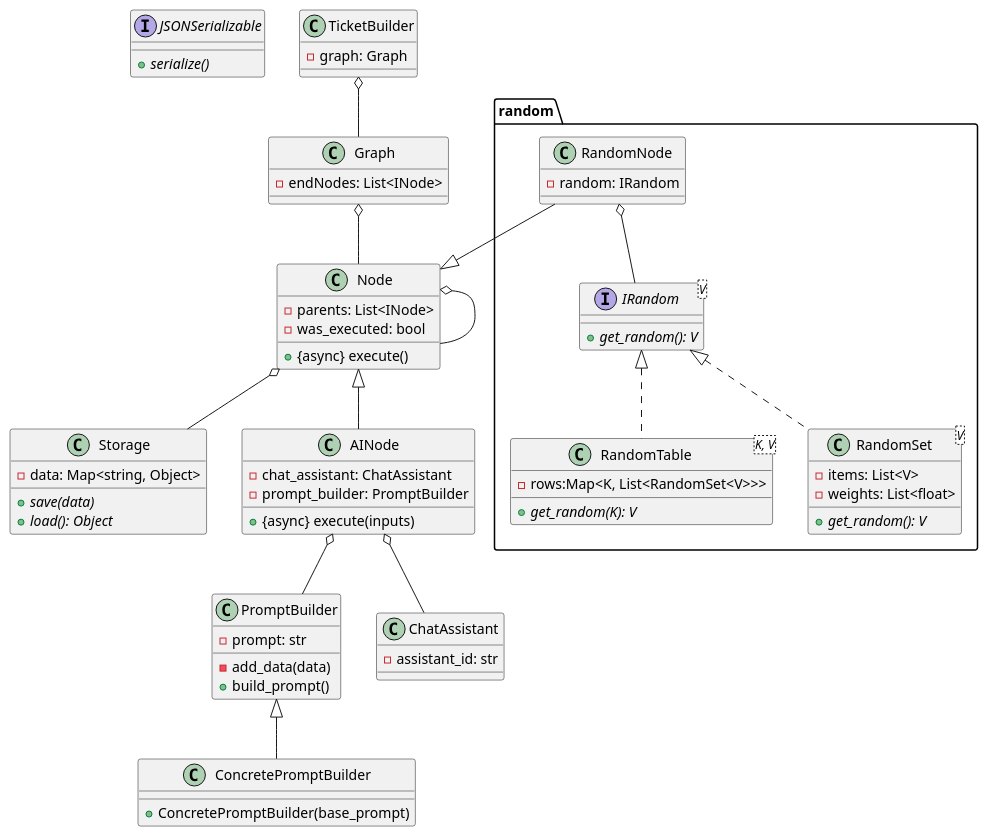
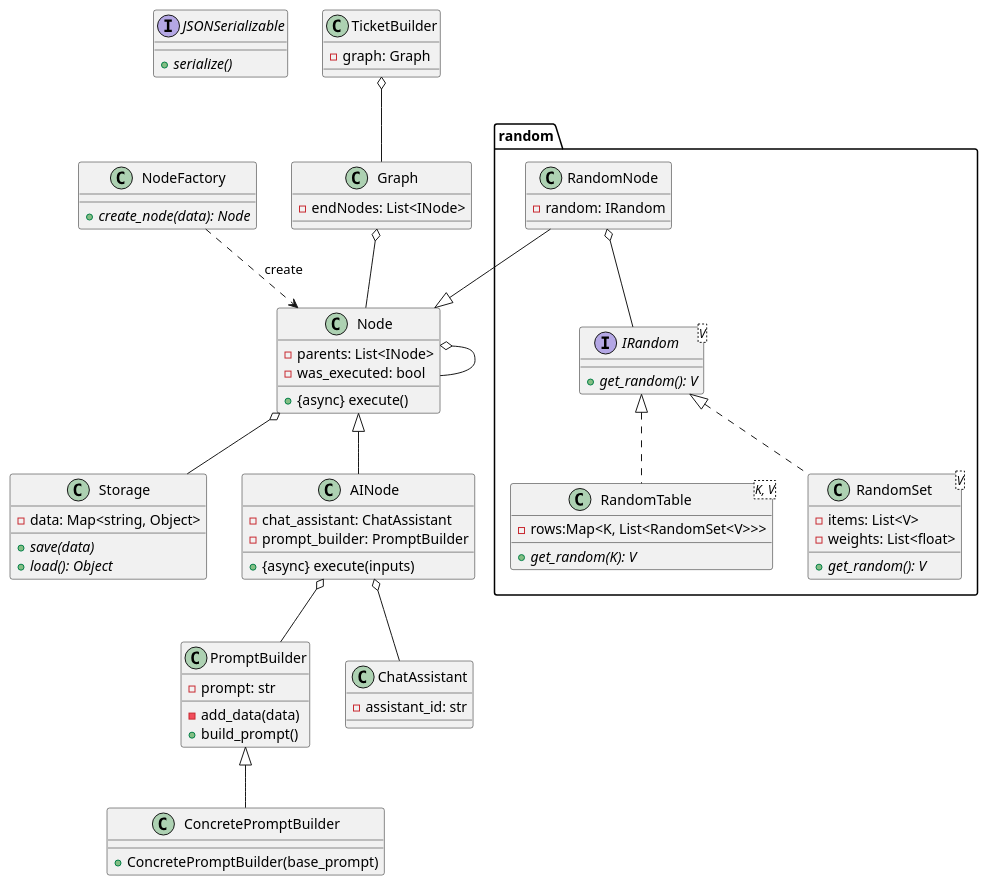
Before and after one commit to Softoft/dataset-generator: the diagram in docs/dataset_generator_class_diagram.puml, drawn with PlantUML. The commit also changed 37 other files, not shown here.

```diff
--- a/docs/dataset_generator_class_diagram.puml
+++ b/docs/dataset_generator_class_diagram.puml
@@ -1,84 +1,90 @@
 @startuml
 interface JSONSerializable{
     + {abstract} serialize()
 }
 
 class Storage{
     - data: Map<string, Object>
     + {abstract} save(data)
     + {abstract} load(): Object
 }
+
+class NodeFactory{
+    + {abstract} create_node(data): Node
+}
+
 
 class Node{
     - parents: List<INode>
     - was_executed: bool
     + {async} execute()
 }
 
 
 class TicketBuilder{
  - graph: Graph
 }
 
 
 class Graph{
     - endNodes: List<INode>
 }
 
 class PromptBuilder{
     - prompt: str
     - add_data(data)
     + build_prompt()
 }
 
 class ConcretePromptBuilder extends PromptBuilder{
     + ConcretePromptBuilder(base_prompt)
 }
 
 class AINode extends Node{
     - chat_assistant: ChatAssistant
     - prompt_builder: PromptBuilder
     + {async} execute(inputs)
 }
 
 class ChatAssistant{
     - assistant_id: str
 }
 
 package random{
 
 class RandomNode{
   - random: IRandom
 }
 interface IRandom<V>{
     + {abstract} get_random(): V
 }
 
 class RandomTable<K, V> implements IRandom{
     - rows:Map<K, List<RandomSet<V>>>
     + {abstract} get_random(K): V
 }
 
 
 class RandomSet<V> implements IRandom{
     - items: List<V>
     - weights: List<float>
     + {abstract} get_random(): V
 }
 
 }
 
 Graph o-- Node
+NodeFactory ..> Node: "create"
 AINode o-- ChatAssistant
 AINode o-- PromptBuilder
 
 
 Node o-- Storage
 Node o-- Node
 
 RandomNode o-- IRandom
 RandomNode --|> Node
 
 TicketBuilder o-- Graph
 
 @enduml
```
